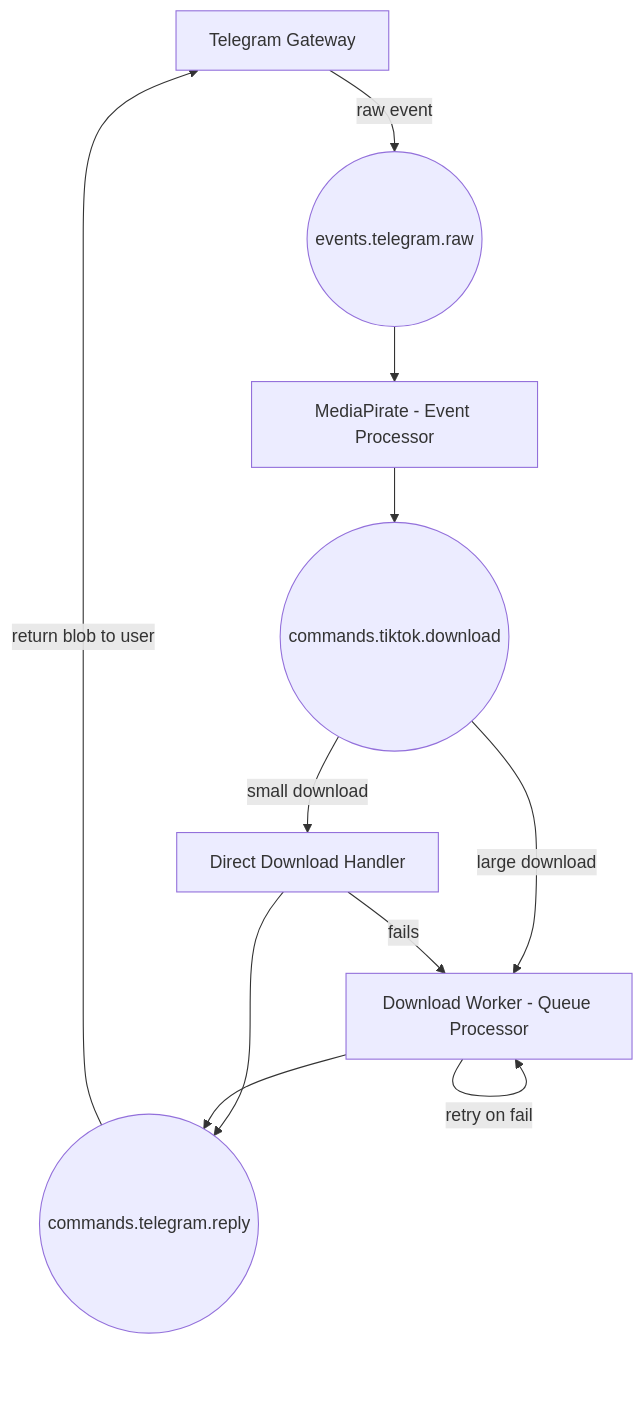
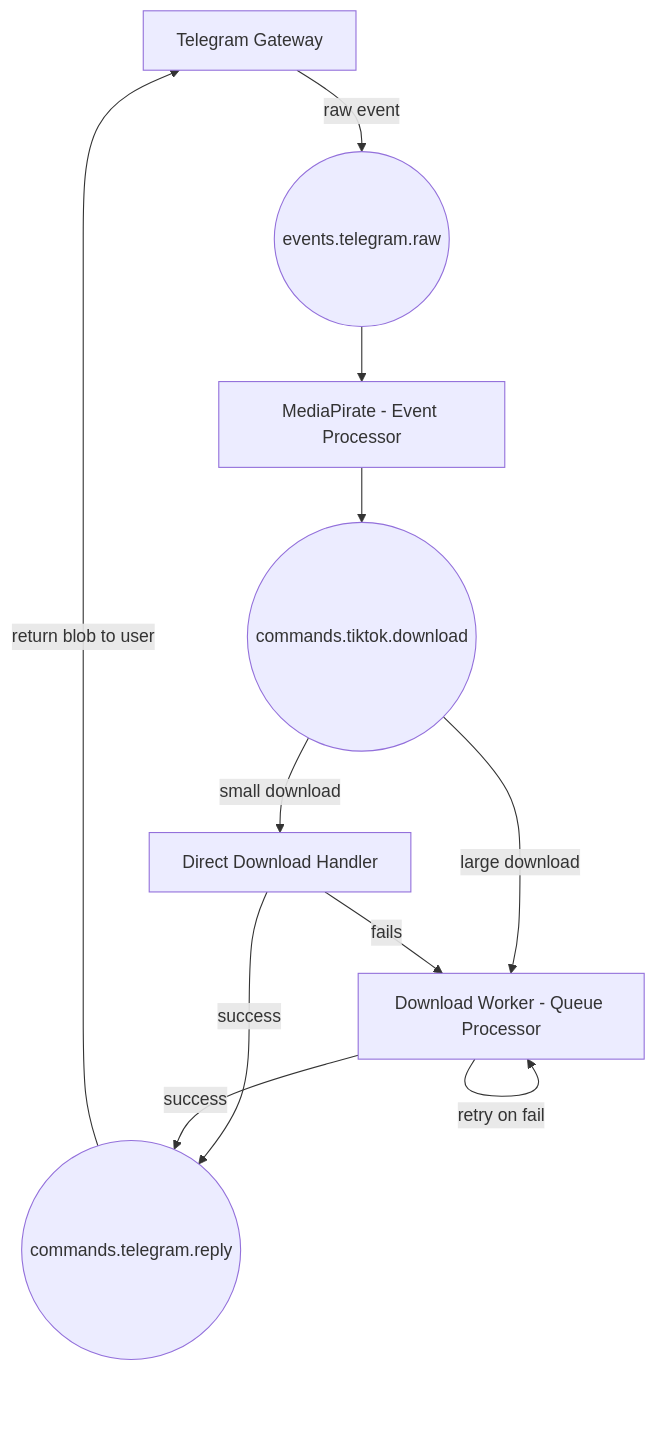
The second of 2 diagrams in README.md (zxeenu/heavy-telegram-bot), drawn with Mermaid before and after one commit. The commit also changed other lines of this file, not shown here.

````diff
--- a/README.md
+++ b/README.md
@@ -93,25 +93,25 @@
 ```mermaid
 flowchart TD
     T1[Telegram Gateway]
     M1["MediaPirate - Event Processor"]
 
     T1 -->|raw event| E1((events.telegram.raw))
     E1 --> M1
 
     M1 --> E2((commands.tiktok.download))
 
     %% Internal branching inside MediaPirate command handler
     E2 -->|small download| DD["Direct Download Handler"]
     E2 -->|large download| DW["Download Worker - Queue Processor"]
 
     %% Retry loop for Download Worker
     DW -->|retry on fail| DW
 
     %% If direct download fails, push to queue processor
     DD -- fails --> DW
 
-    DD --> E3((commands.telegram.reply))
-    DW --> E3
+    DD -->|success| E3((commands.telegram.reply))
+    DW -->|success| E3
 
     E3 -->|return blob to user| T1
 ```
````
